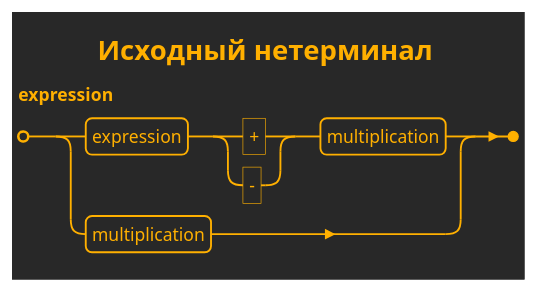
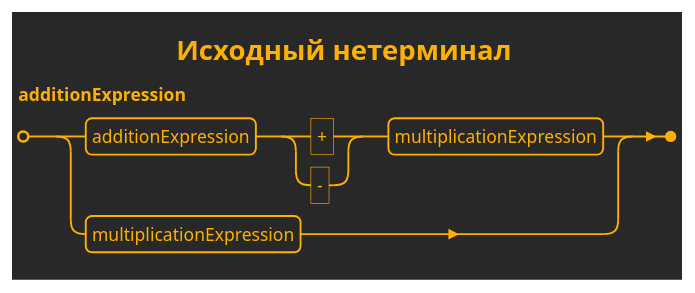
One commit to realsonic/MURQ changed the fifth of 13 diagrams in Domain/MURQ.Domain/URQL/docs/URQL Lines Syntax.md. Above: the diagram before and after it, drawn with PlantUML. The commit also changed other lines of this file and 9 other files, not shown here.

````diff
--- a/Domain/MURQ.Domain/URQL/docs/URQL Lines Syntax.md
+++ b/Domain/MURQ.Domain/URQL/docs/URQL Lines Syntax.md
@@ -117,11 +122,11 @@
 ```plantuml
-@startebnf Исходный expression
+@startebnf Исходный additionExpression
 !theme crt-amber
 
 title Исходный нетерминал
 
-expression =
-    expression, ('+' | '-'), multiplication
-  | multiplication;
+additionExpression =
+    additionExpression, ('+' | '-'), multiplicationExpression
+  | multiplicationExpression;
 @endebnf
 ```
````
